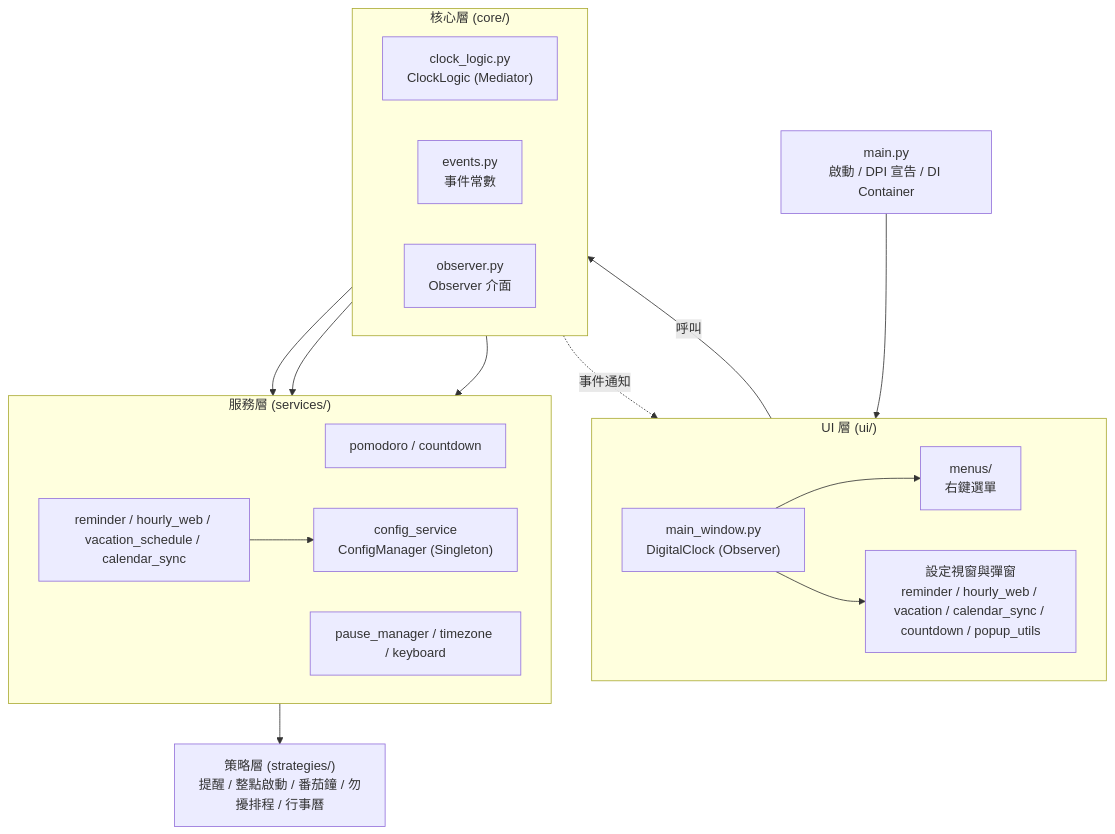
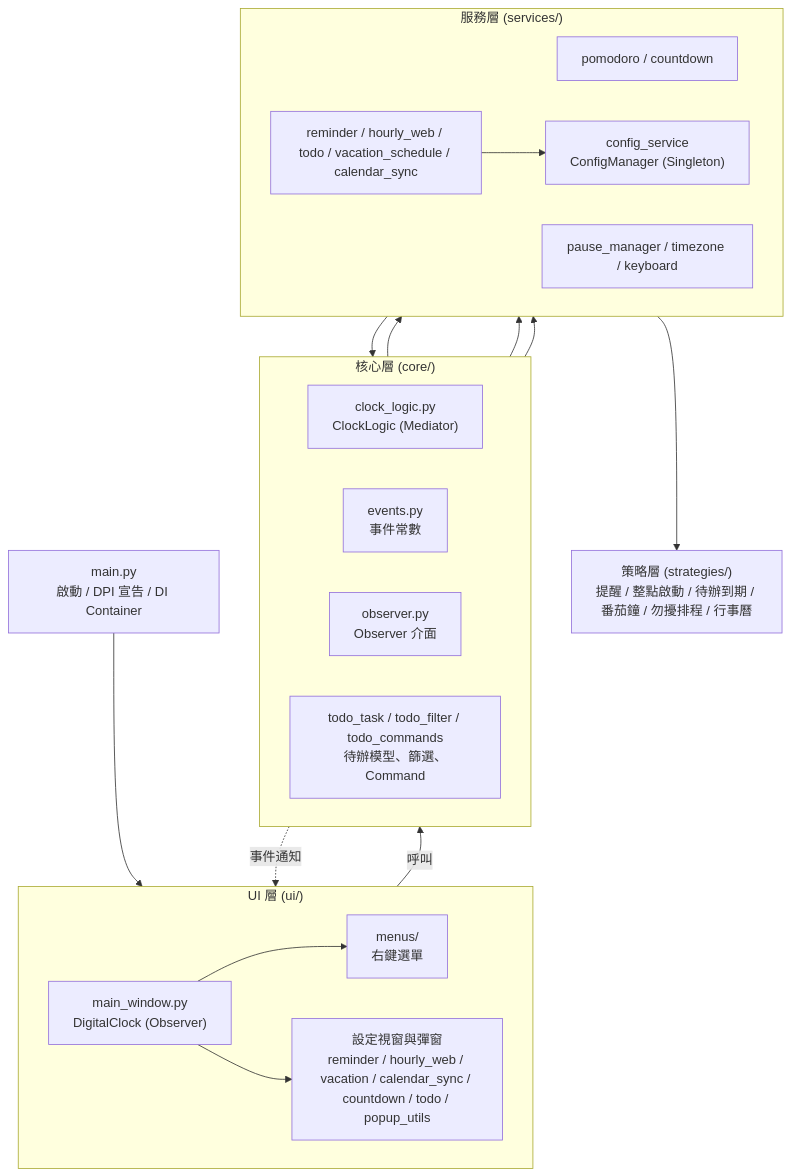
One commit to eric999j/digital_clock changed the diagram in README.md. Above: the diagram before and after it, drawn with Mermaid. The commit also changed other lines of this file and 24 other files, not shown here.

````diff
--- a/README.md
+++ b/README.md
@@ -143,39 +170,41 @@
 ```mermaid
 flowchart TB
     MAIN["main.py<br/>啟動 / DPI 宣告 / DI Container"]
 
     subgraph UI_Layer["UI 層 (ui/)"]
         direction LR
         WINDOW["main_window.py<br/>DigitalClock (Observer)"]
         MENUS["menus/<br/>右鍵選單"]
-        DIALOGS["設定視窗與彈窗<br/>reminder / hourly_web / vacation / calendar_sync / countdown / popup_utils"]
+        DIALOGS["設定視窗與彈窗<br/>reminder / hourly_web / vacation / calendar_sync / countdown / todo / popup_utils"]
     end
 
     subgraph Core_Layer["核心層 (core/)"]
         direction LR
         LOGIC["clock_logic.py<br/>ClockLogic (Mediator)"]
         EVT["events.py<br/>事件常數"]
         OBS["observer.py<br/>Observer 介面"]
+        TODOCORE["todo_task / todo_filter / todo_commands<br/>待辦模型、篩選、Command"]
     end
 
     subgraph Service_Layer["服務層 (services/)"]
         direction LR
         POMO["pomodoro / countdown"]
-        REMS["reminder / hourly_web / vacation_schedule / calendar_sync"]
+        REMS["reminder / hourly_web / todo / vacation_schedule / calendar_sync"]
         MISC["pause_manager / timezone / keyboard"]
         CFG["config_service<br/>ConfigManager (Singleton)"]
     end
 
-    STR["策略層 (strategies/)<br/>提醒 / 整點啟動 / 番茄鐘 / 勿擾排程 / 行事曆"]
+    STR["策略層 (strategies/)<br/>提醒 / 整點啟動 / 待辦到期 / 番茄鐘 / 勿擾排程 / 行事曆"]
 
     MAIN --> WINDOW
     WINDOW --> MENUS
     WINDOW --> DIALOGS
     WINDOW -->|呼叫| LOGIC
     LOGIC -.->|事件通知| WINDOW
     LOGIC --> POMO
     LOGIC --> REMS
     LOGIC --> MISC
     REMS --> STR
+    REMS --> TODOCORE
     REMS --> CFG
 ```
````
